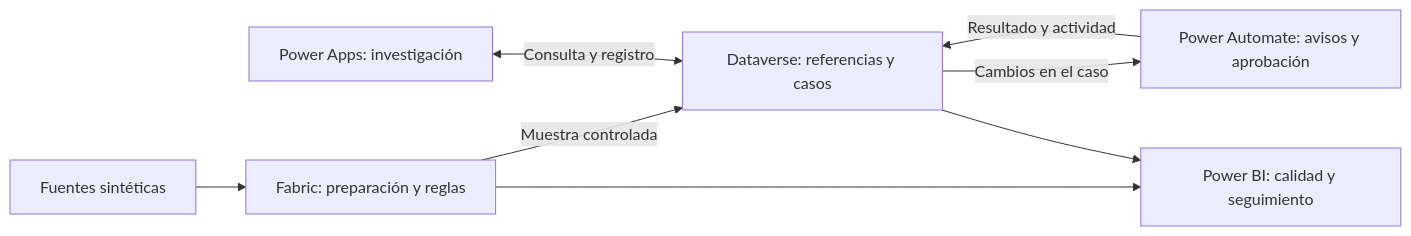
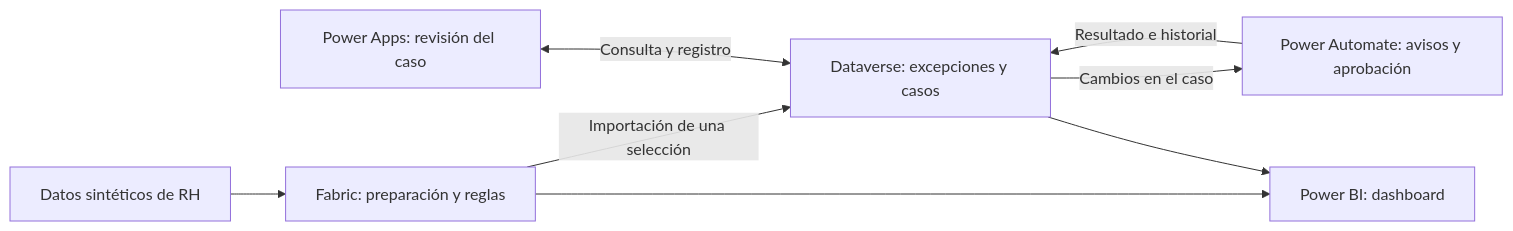
The diagram in projects/hr-data-quality-lifecycle-workbench/docs/technical-overview.es.md (MiguelPR-99/people-analytics-portfolio), drawn with Mermaid before and after one commit. The commit also changed other lines of this file and 7 other files, not shown here.

````diff
--- a/projects/hr-data-quality-lifecycle-workbench/docs/technical-overview.es.md
+++ b/projects/hr-data-quality-lifecycle-workbench/docs/technical-overview.es.md
@@ -7,10 +7,10 @@
 ```mermaid
 flowchart LR
-    S["Fuentes sintéticas"] --> F["Fabric: preparación y reglas"]
-    F -->|"Muestra controlada"| D["Dataverse: referencias y casos"]
-    A["Power Apps: investigación"] <-->|"Consulta y registro"| D
+    S["Datos sintéticos de RH"] --> F["Fabric: preparación y reglas"]
+    F -->|"Importación de una selección"| D["Dataverse: excepciones y casos"]
+    A["Power Apps: revisión del caso"] <-->|"Consulta y registro"| D
     D -->|"Cambios en el caso"| P["Power Automate: avisos y aprobación"]
-    P -->|"Resultado y actividad"| D
-    F --> B["Power BI: calidad y seguimiento"]
+    P -->|"Resultado e historial"| D
+    F --> B["Power BI: dashboard"]
     D --> B
 ```
````
